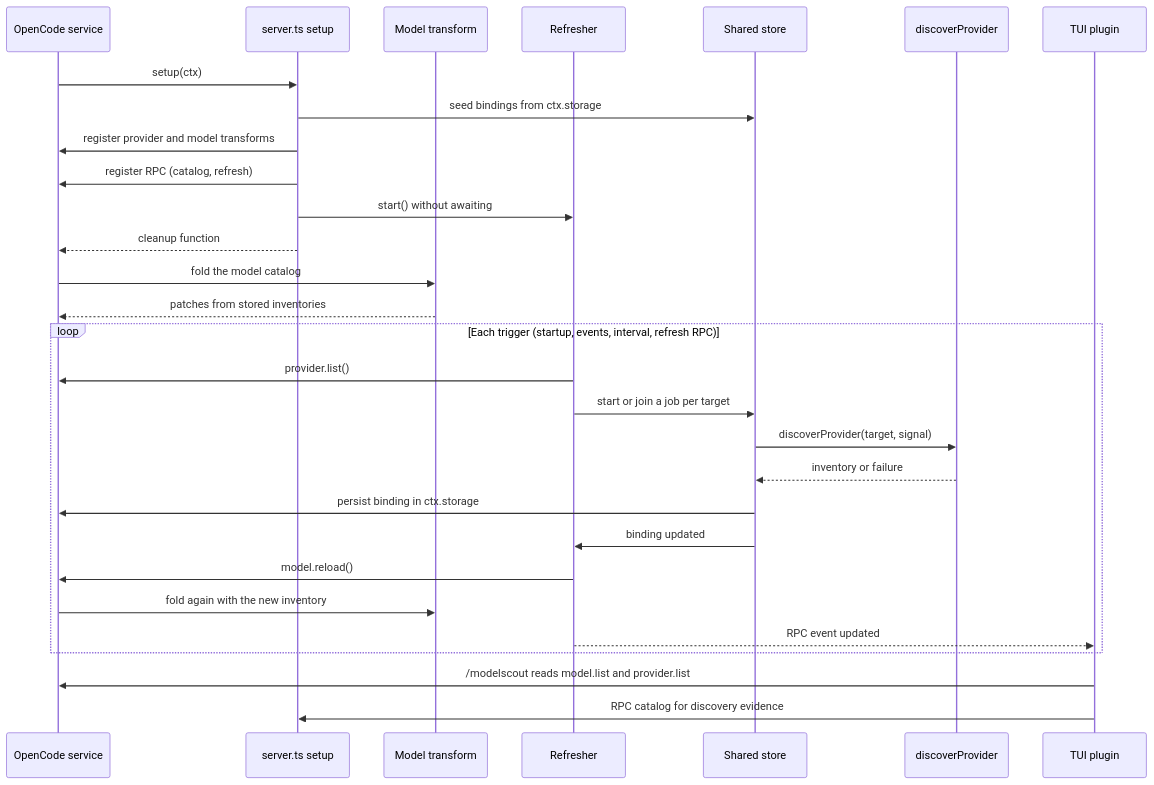
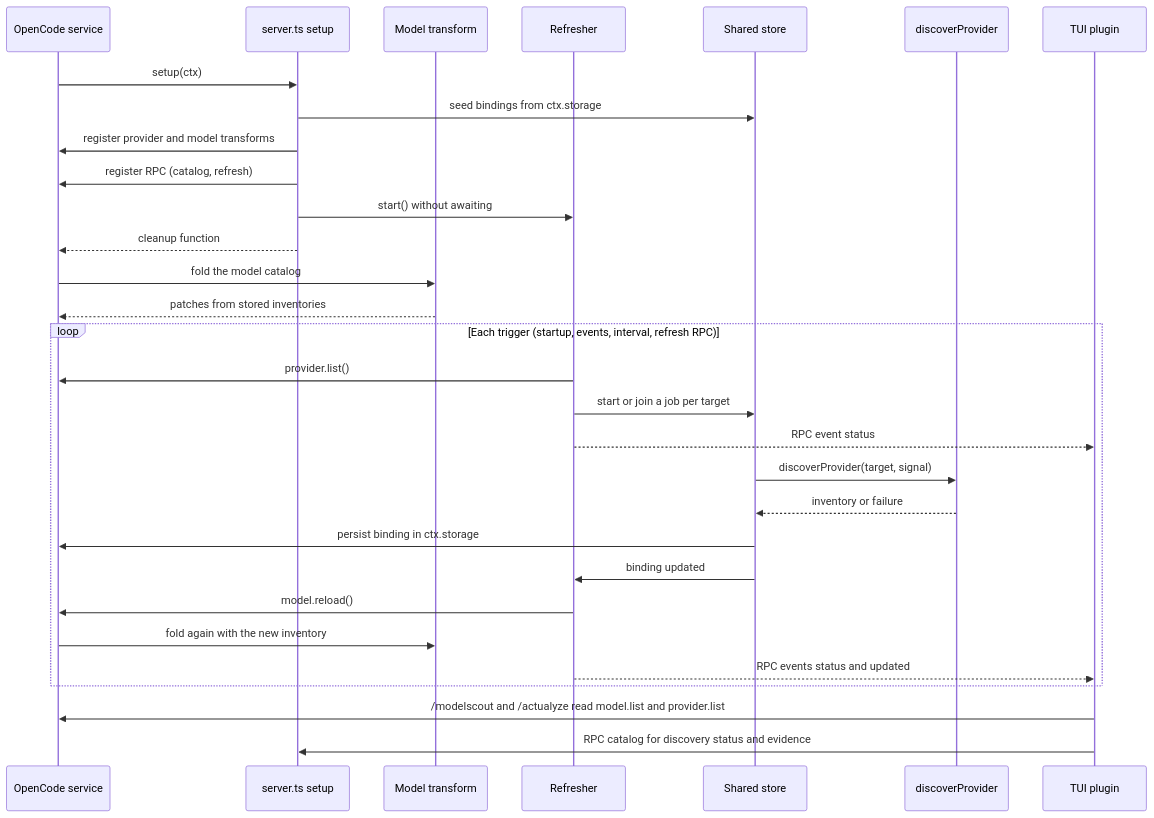
Before and after one commit to rmk40/opencode-model-scout: the first of 4 diagrams in CONTRIBUTING.md, drawn with Mermaid. The commit also changed other lines of this file and 2 other files, not shown here.

Commit message:
docs: document /modelscout, /actualyze, and the live TUI runner

````diff
--- a/CONTRIBUTING.md
+++ b/CONTRIBUTING.md
@@ -138,32 +292,33 @@
 ```mermaid
 sequenceDiagram
     participant OC as OpenCode service
     participant SV as server.ts setup
     participant TR as Model transform
     participant RF as Refresher
     participant ST as Shared store
     participant DP as discoverProvider
     participant TU as TUI plugin
 
     OC->>SV: setup(ctx)
     SV->>ST: seed bindings from ctx.storage
     SV->>OC: register provider and model transforms
     SV->>OC: register RPC (catalog, refresh)
     SV->>RF: start() without awaiting
     SV-->>OC: cleanup function
     OC->>TR: fold the model catalog
     TR-->>OC: patches from stored inventories
     loop Each trigger (startup, events, interval, refresh RPC)
         RF->>OC: provider.list()
         RF->>ST: start or join a job per target
+        RF-->>TU: RPC event status
         ST->>DP: discoverProvider(target, signal)
         DP-->>ST: inventory or failure
         ST->>OC: persist binding in ctx.storage
         ST->>RF: binding updated
         RF->>OC: model.reload()
         OC->>TR: fold again with the new inventory
-        RF-->>TU: RPC event updated
+        RF-->>TU: RPC events status and updated
     end
-    TU->>OC: /modelscout reads model.list and provider.list
-    TU->>SV: RPC catalog for discovery evidence
+    TU->>OC: /modelscout and /actualyze read model.list and provider.list
+    TU->>SV: RPC catalog for discovery status and evidence
 ```
````
